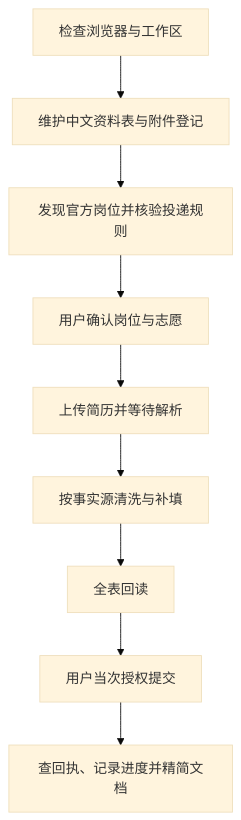
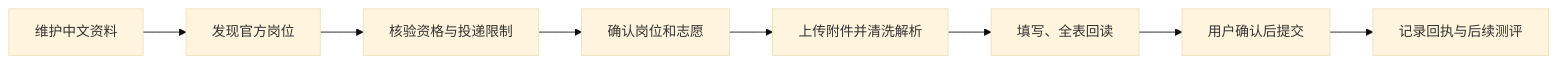
The diagram in README.md (chienchen-png/job-application-workflow), drawn with Mermaid (base theme) before and after one commit. The commit also changed other lines of this file and 8 other files, not shown here.

````diff
--- a/README.md
+++ b/README.md
@@ -103,11 +120,10 @@
 ```mermaid
-flowchart TD
-    A[检查浏览器与工作区] --> B[维护中文资料表与附件登记]
-    B --> C[发现官方岗位并核验投递规则]
-    C --> D[用户确认岗位与志愿]
-    D --> E[上传简历并等待解析]
-    E --> F[按事实源清洗与补填]
-    F --> G[全表回读]
-    G --> H[用户当次授权提交]
-    H --> I[查回执、记录进度并精简文档]
+flowchart LR
+    A[维护中文资料] --> B[发现官方岗位]
+    B --> C[核验资格与投递限制]
+    C --> D[确认岗位和志愿]
+    D --> E[上传附件并清洗解析]
+    E --> F[填写、全表回读]
+    F --> G[用户确认后提交]
+    G --> H[记录回执与后续测评]
 ```
````
